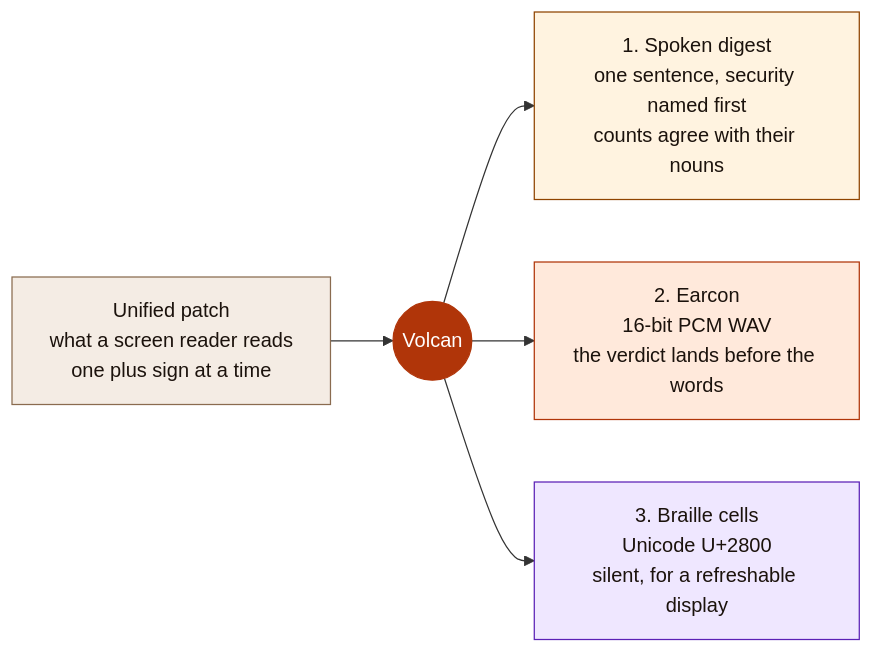
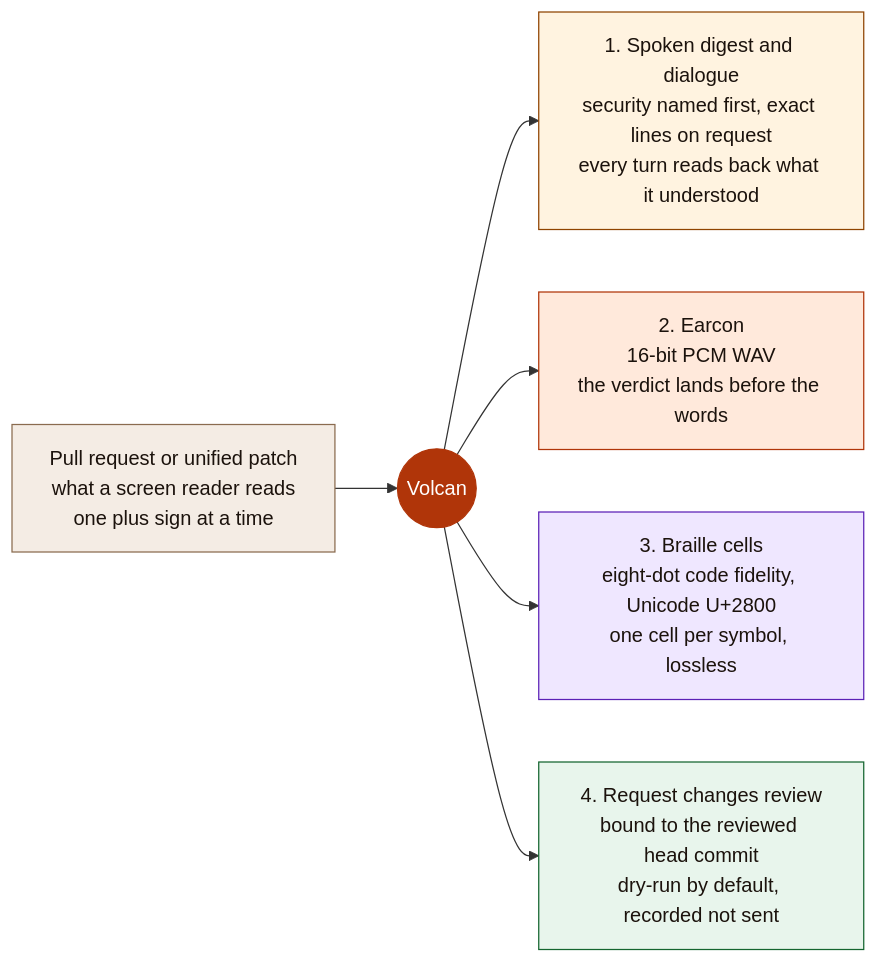
One commit to upgradedev/volcan_amazon changed the first of 3 diagrams in README.md. Above: the diagram before and after it, drawn with Mermaid. The commit also changed other lines of this file and 10 other files, not shown here.

````diff
--- a/README.md
+++ b/README.md
@@ -12,21 +13,24 @@
 ```mermaid
 flowchart LR
-    P["Unified patch<br/>what a screen reader reads<br/>one plus sign at a time"]
+    P["Pull request or unified patch<br/>what a screen reader reads<br/>one plus sign at a time"]
 
     V(("Volcan"))
 
-    S["1. Spoken digest<br/>one sentence, security named first<br/>counts agree with their nouns"]
+    S["1. Spoken digest and dialogue<br/>security named first, exact lines on request<br/>every turn reads back what it understood"]
     E["2. Earcon<br/>16-bit PCM WAV<br/>the verdict lands before the words"]
-    B["3. Braille cells<br/>Unicode U+2800<br/>silent, for a refreshable display"]
+    B["3. Braille cells<br/>eight-dot code fidelity, Unicode U+2800<br/>one cell per symbol, lossless"]
+    R["4. Request changes review<br/>bound to the reviewed head commit<br/>dry-run by default, recorded not sent"]
 
     P --> V
     V --> S
     V --> E
     V --> B
+    V --> R
 
     style P fill:#f4ece4,stroke:#8a6b4f,color:#1b120c
     style V fill:#b03509,stroke:#b03509,color:#ffffff
     style S fill:#fff3e0,stroke:#8f4300,color:#1b120c
     style E fill:#ffe9db,stroke:#b03509,color:#1b120c
     style B fill:#efe7ff,stroke:#5b21b6,color:#1b120c
+    style R fill:#e8f5ec,stroke:#14652f,color:#1b120c
 ```
````
